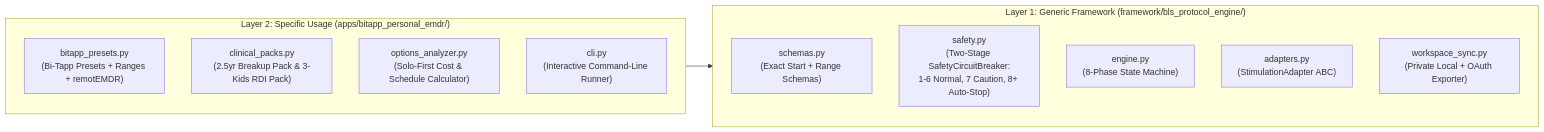
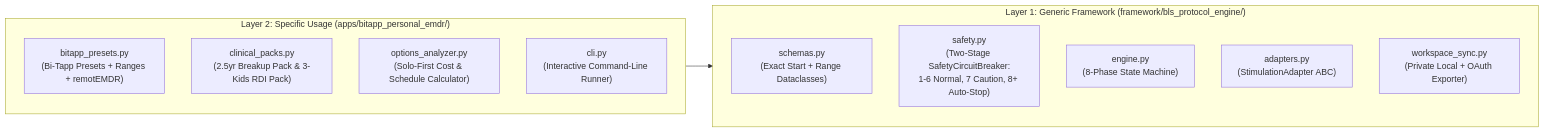
The second of 2 diagrams in docs/MASTER_PLAN.md (itayshemesh/bitapp-emdr-platform), drawn with Mermaid before and after one commit. The commit also changed other lines of this file and 8 other files, not shown here.

````diff
--- a/docs/MASTER_PLAN.md
+++ b/docs/MASTER_PLAN.md
@@ -147,19 +147,19 @@
 ```mermaid
 flowchart LR
     subgraph Generic["Layer 1: Generic Framework (framework/bls_protocol_engine/)"]
-        Schemas["schemas.py\n(Exact Start + Range Schemas)"]
+        Schemas["schemas.py\n(Exact Start + Range Dataclasses)"]
         Safety["safety.py\n(Two-Stage SafetyCircuitBreaker:\n1-6 Normal, 7 Caution, 8+ Auto-Stop)"]
         Engine["engine.py\n(8-Phase State Machine)"]
         Adapters["adapters.py\n(StimulationAdapter ABC)"]
         Sync["workspace_sync.py\n(Private Local + OAuth Exporter)"]
     end
 
     subgraph Specific["Layer 2: Specific Usage (apps/bitapp_personal_emdr/)"]
         Presets["bitapp_presets.py\n(Bi-Tapp Presets + Ranges + remotEMDR)"]
         Packs["clinical_packs.py\n(2.5yr Breakup Pack & 3-Kids RDI Pack)"]
         Analyzer["options_analyzer.py\n(Solo-First Cost & Schedule Calculator)"]
         CLI["cli.py\n(Interactive Command-Line Runner)"]
     end
 
     Specific --> Generic
 ```
````
